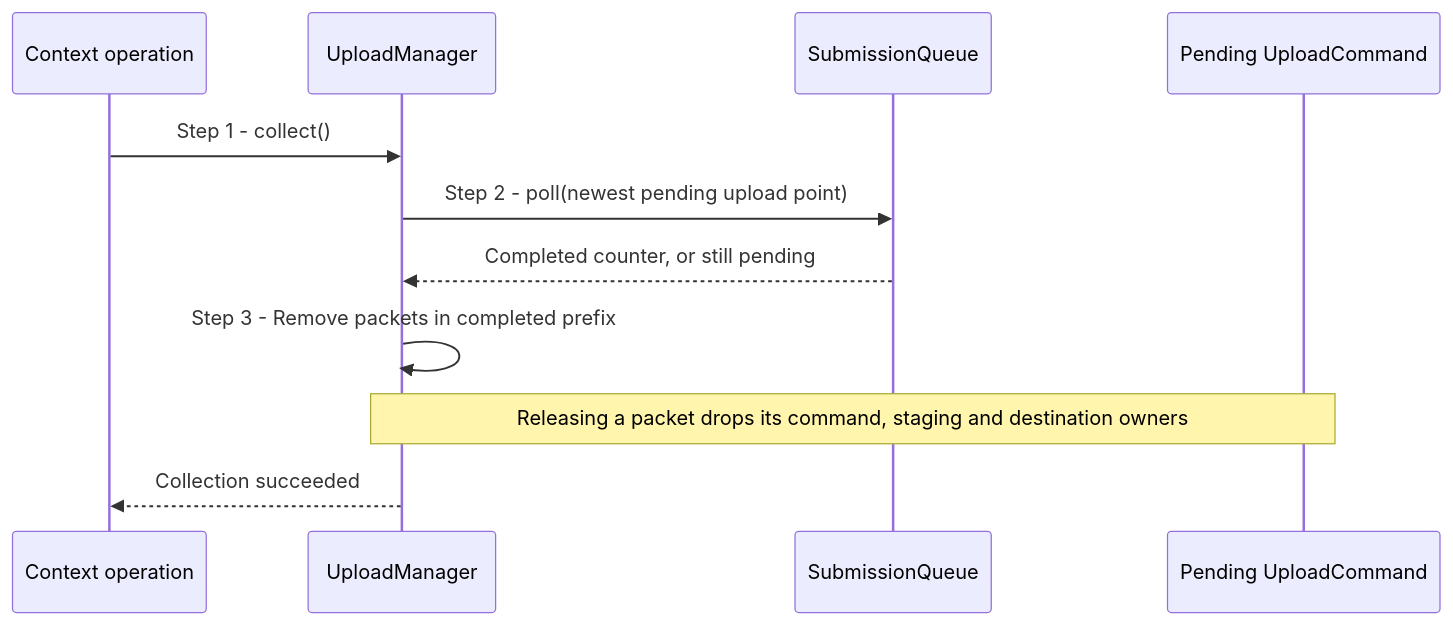
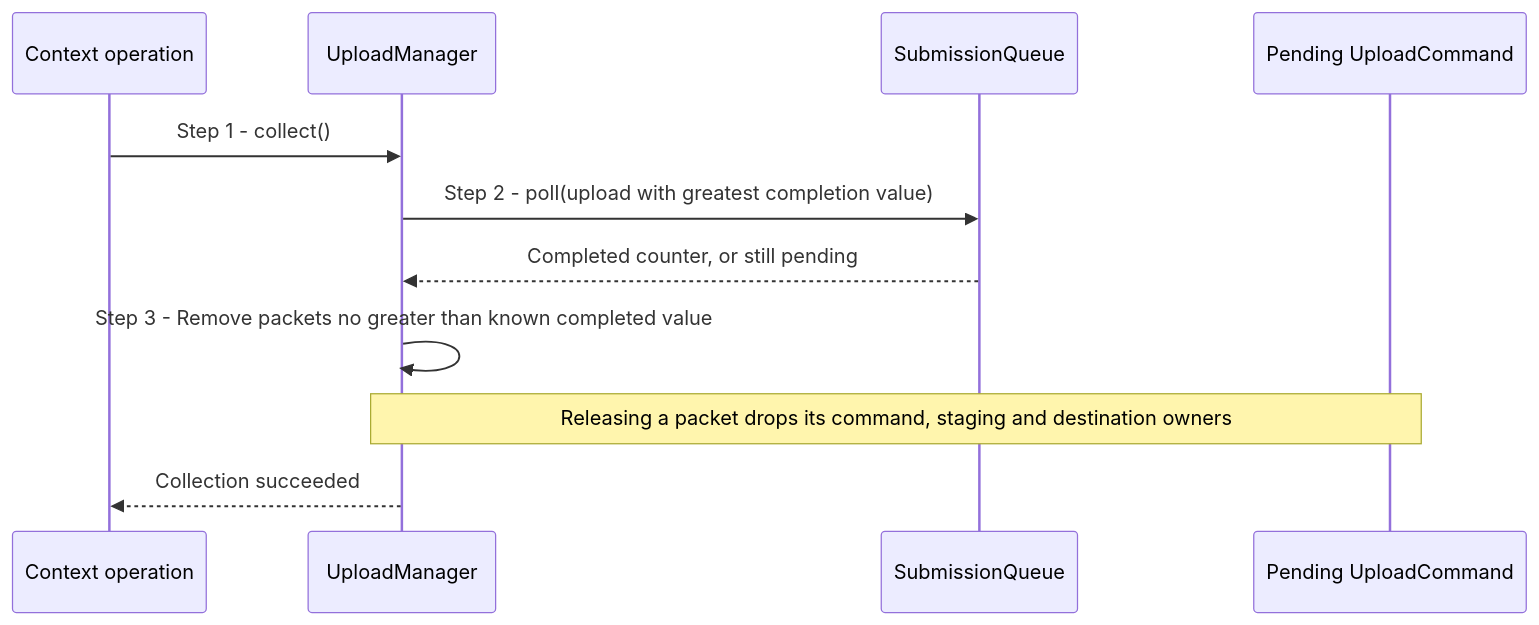
One commit to a-soltysik/Panda changed the diagram in docs/use-cases/reclaim-completed-uploads.md. Above: the diagram before and after it, drawn with Mermaid. The commit also changed other lines of this file and 21 other files, not shown here.

````diff
--- a/docs/use-cases/reclaim-completed-uploads.md
+++ b/docs/use-cases/reclaim-completed-uploads.md
@@ -39,13 +41,13 @@
 ```mermaid
 sequenceDiagram
     participant C as Context operation
     participant U as UploadManager
     participant Q as SubmissionQueue
     participant P as Pending UploadCommand
     C->>U: Step 1 - collect()
-    U->>Q: Step 2 - poll(newest pending upload point)
+    U->>Q: Step 2 - poll(upload with greatest completion value)
     Q-->>U: Completed counter, or still pending
-    U->>U: Step 3 - Remove packets in completed prefix
+    U->>U: Step 3 - Remove packets no greater than known completed value
     Note over U,P: Releasing a packet drops its command, staging and destination owners
     U-->>C: Collection succeeded
 ```
````
